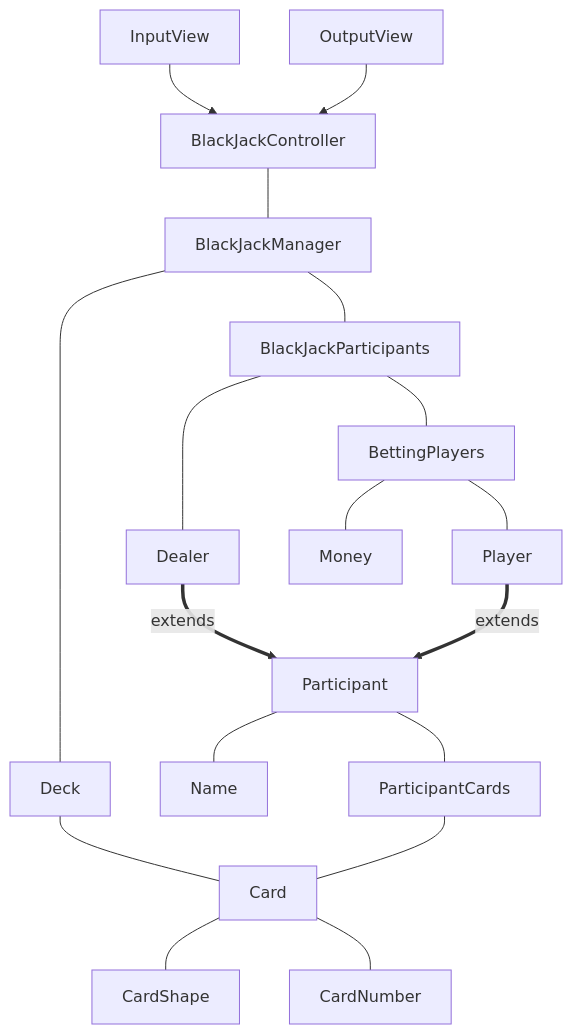
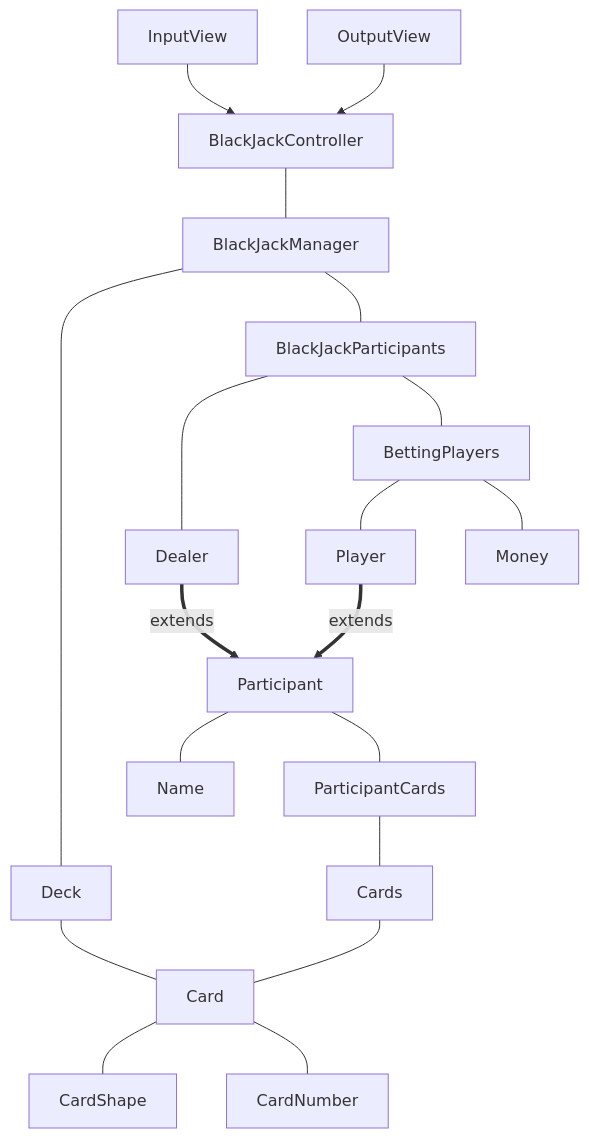
The first of 2 diagrams in README.md (woowacourse/java-blackjack), drawn with Mermaid before and after one commit. The commit also changed other lines of this file, not shown here.

````diff
--- a/README.md
+++ b/README.md
@@ -84,19 +84,19 @@
 ```mermaid
 flowchart TD
     InputView & OutputView --> BlackJackController --- BlackJackManager
     
     Deck --- Card
     
     BlackJackParticipants --- Dealer
     BlackJackParticipants --- BettingPlayers
     
     Participant ---  Name
     Participant --- ParticipantCards
 
     Dealer & Player == extends ==> Participant
 
-    ParticipantCards --- Card --- CardShape & CardNumber
+    ParticipantCards --- Cards --- Card --- CardShape & CardNumber
 
     BlackJackManager --- Deck & BlackJackParticipants
     BettingPlayers ---Player & Money
 ```
````
